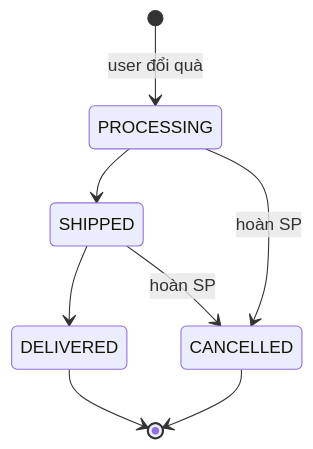
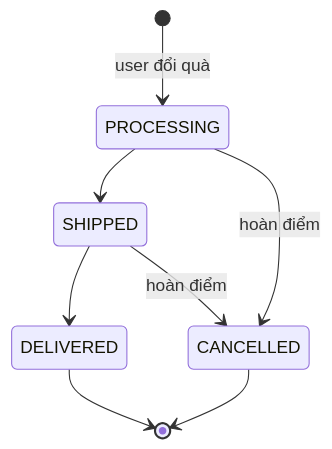
Before and after one commit to DOAN2-UQT-KN/ecolink-docs: diagram 13 of 15 in 04-state-machines.md, drawn with Mermaid. The commit also changed other lines of this file and 10 other files, not shown here.

````diff
--- a/04-state-machines.md
+++ b/04-state-machines.md
@@ -410,10 +410,10 @@
 ```mermaid
 stateDiagram-v2
   [*] --> PROCESSING: user đổi quà
   PROCESSING --> SHIPPED
-  PROCESSING --> CANCELLED: hoàn SP
+  PROCESSING --> CANCELLED: hoàn điểm
   SHIPPED --> DELIVERED
-  SHIPPED --> CANCELLED: hoàn SP
+  SHIPPED --> CANCELLED: hoàn điểm
   DELIVERED --> [*]
   CANCELLED --> [*]
 ```
````
